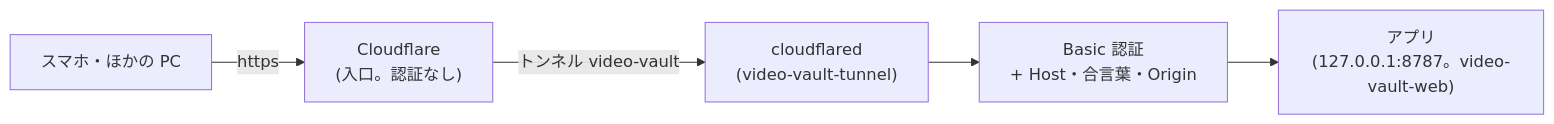
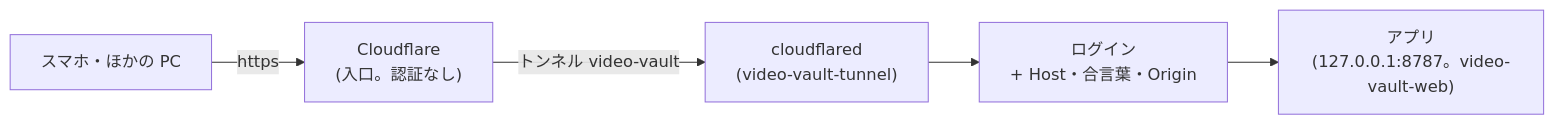
Before and after one commit to takuya-nakanishi/video-vault: the second of 2 diagrams in docs/web.md, drawn with Mermaid. The commit also changed other lines of this file and 22 other files, not shown here.

````diff
--- a/docs/web.md
+++ b/docs/web.md
@@ -76,9 +76,9 @@
 ```mermaid
 flowchart LR
   U["スマホ・ほかの PC"]
   CF["Cloudflare<br/>(入口。認証なし)"]
   T["cloudflared<br/>(video-vault-tunnel)"]
-  A["Basic 認証<br/>+ Host・合言葉・Origin"]
+  A["ログイン<br/>+ Host・合言葉・Origin"]
   APP["アプリ<br/>(127.0.0.1:8787。video-vault-web)"]
   U -->|"https"| CF -->|"トンネル video-vault"| T --> A --> APP
 ```
````
